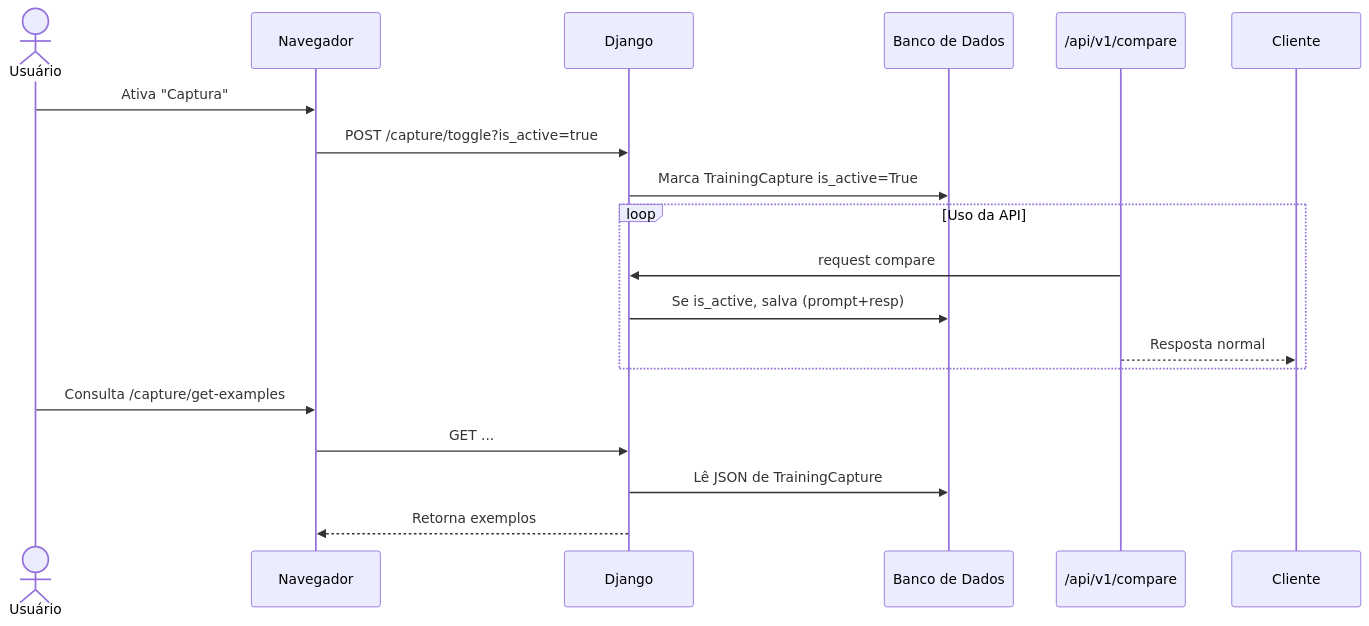
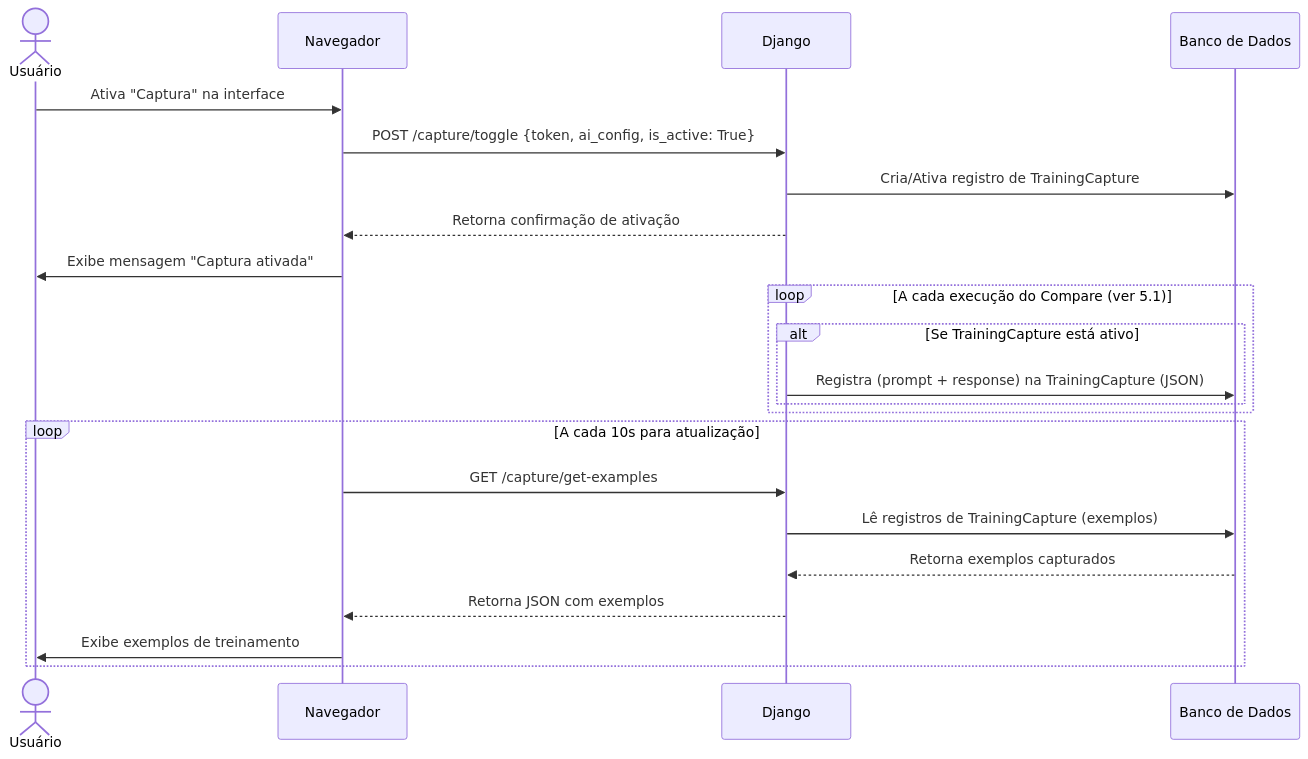
Before and after one commit to diegogrosmann/EnsinaNet.AI: diagram 12 of 26 in README.md, drawn with Mermaid. The commit also changed other lines of this file and 117 other files, not shown here.

````diff
--- a/README.md
+++ b/README.md
@@ -798,23 +849,27 @@
 ```mermaid
 sequenceDiagram
     actor U as Usuário
     participant N as Navegador
     participant D as Django
     participant DB as Banco de Dados
-    participant API as /api/v1/compare
 
-    U->>N: Ativa "Captura"
-    N->>D: POST /capture/toggle?is_active=true
-    D->>DB: Marca TrainingCapture is_active=True
-
-    loop Uso da API
-        API->>D: request compare
-        D->>DB: Se is_active, salva (prompt+resp)
-        API-->>Cliente: Resposta normal
+    U->>N: Ativa "Captura" na interface
+    N->>D: POST /capture/toggle {token, ai_config, is_active: True}
+    D->>DB: Cria/Ativa registro de TrainingCapture
+    D-->>N: Retorna confirmação de ativação
+    N->>U: Exibe mensagem "Captura ativada"
+    
+    loop A cada execução do Compare (ver 5.1)
+        alt Se TrainingCapture está ativo
+            D->>DB: Registra (prompt + response) na TrainingCapture (JSON)
+        end
     end
 
-    U->>N: Consulta /capture/get-examples
-    N->>D: GET ...
-    D->>DB: Lê JSON de TrainingCapture
-    D-->>N: Retorna exemplos
+    loop A cada 10s para atualização
+        N->>D: GET /capture/get-examples
+        D->>DB: Lê registros de TrainingCapture (exemplos)
+        DB-->>D: Retorna exemplos capturados
+        D-->>N: Retorna JSON com exemplos
+        N->>U: Exibe exemplos de treinamento
+    end
 ```
````
